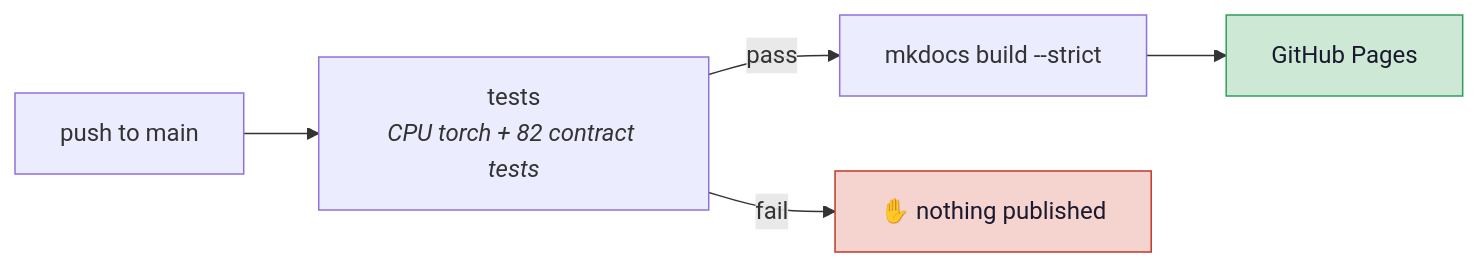
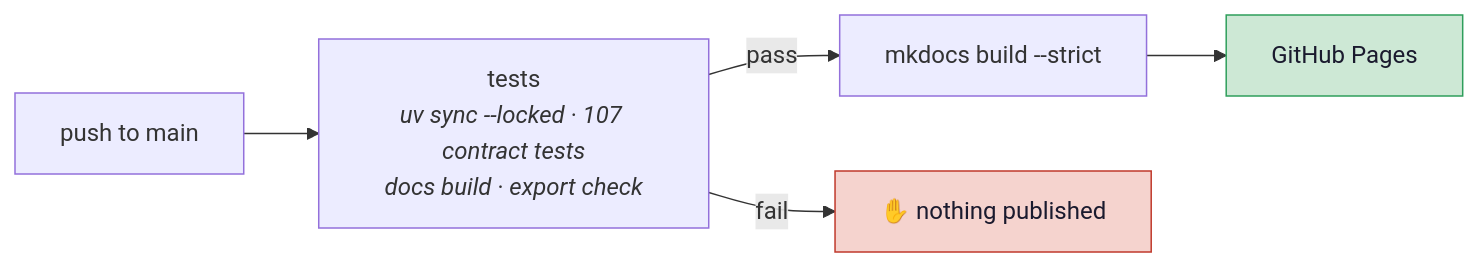
The second of 2 diagrams in docs/development.md (sabrinahartung/verifai-medical), drawn with Mermaid before and after one commit. The commit also changed other lines of this file and 13 other files, not shown here.

````diff
--- a/docs/development.md
+++ b/docs/development.md
@@ -78,9 +99,9 @@
 ```mermaid
 flowchart LR
-    P["push to main"] --> T["tests<br/><i>CPU torch + 82 contract tests</i>"]
+    P["push to main"] --> T["tests<br/><i>uv sync --locked · 107 contract tests<br/>docs build · export check</i>"]
     T -->|pass| D["mkdocs build --strict"]
     T -->|fail| X["✋ nothing published"]
     D --> G["GitHub Pages"]
     style X fill:#F5D3CE,stroke:#C0392B,color:#1a1a2e
     style G fill:#CDE8D5,stroke:#2E9E5B,color:#1a1a2e
 ```
````
